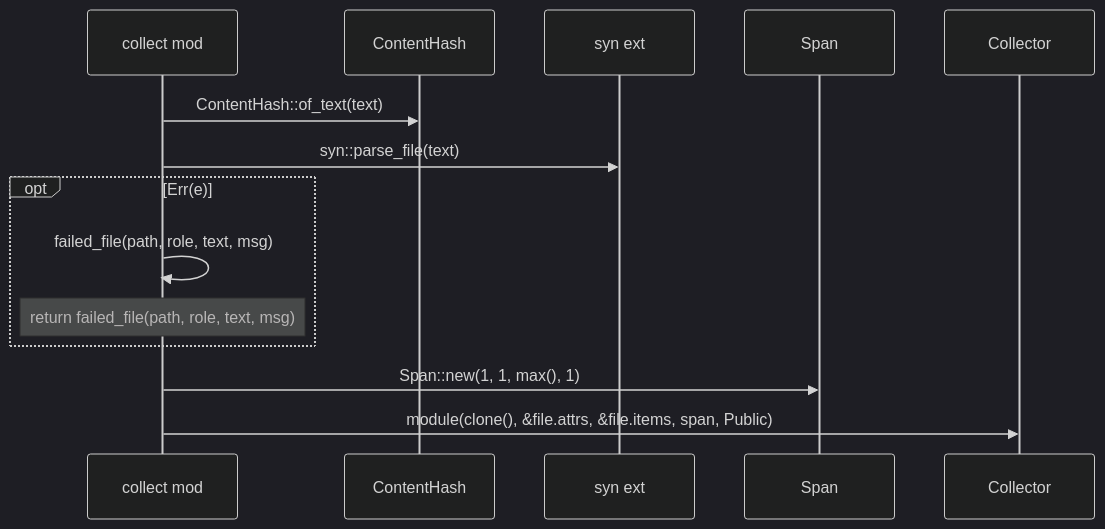
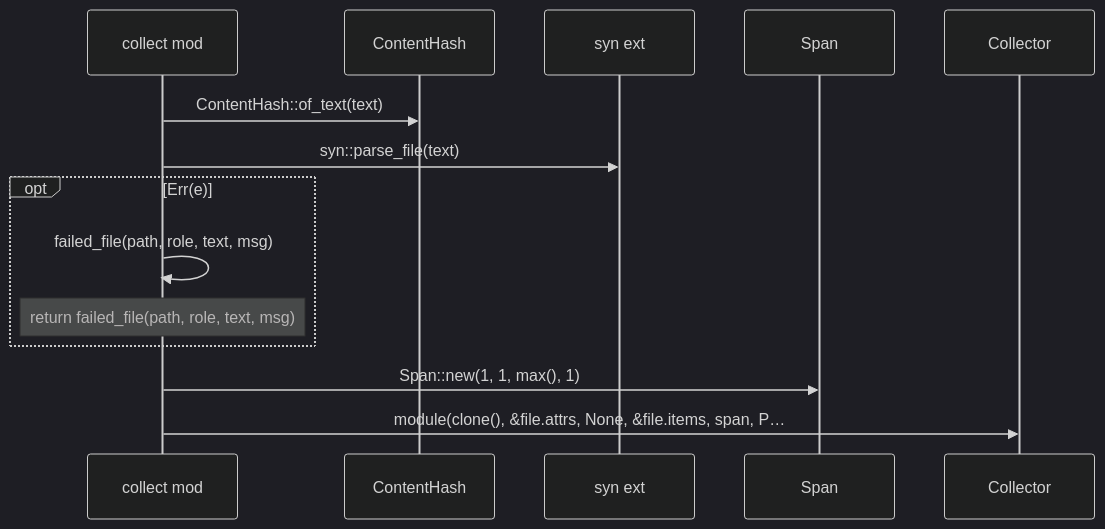
The second of 50 diagrams in docs/sealmap/crates/sealmap-rust/src/collect.rs.md (DreamLab-AI/codemaid), drawn with Mermaid (dark theme) before and after one commit. The commit also changed other lines of this file and 45 other files, not shown here.

First line of the commit message:
docs: regenerate the self-corpus for sym: ids and schema v2

````diff
--- a/docs/sealmap/crates/sealmap-rust/src/collect.rs.md
+++ b/docs/sealmap/crates/sealmap-rust/src/collect.rs.md
@@ -203,16 +276,16 @@
 ```mermaid
 sequenceDiagram
   participant sealmap_rust__collect as collect mod
-  participant sealmap_model__hash__ContentHash as ContentHash
-  participant syn as syn ext
-  participant sealmap_model__symbol__Span as Span
-  participant sealmap_rust__collect__Collector as Collector
-  sealmap_rust__collect->>sealmap_model__hash__ContentHash: ContentHash::of_text(text)
-  sealmap_rust__collect->>syn: syn::parse_file(text)
+  participant sealmap_model__hash___tContentHash as ContentHash
+  participant _syn as syn ext
+  participant sealmap_model__symbol___tSpan as Span
+  participant sealmap_rust__collect___tCollector as Collector
+  sealmap_rust__collect->>sealmap_model__hash___tContentHash: ContentHash::of_text(text)
+  sealmap_rust__collect->>_syn: syn::parse_file(text)
   opt Err(e)
     sealmap_rust__collect->>sealmap_rust__collect: failed_file(path, role, text, msg)
     Note over sealmap_rust__collect: return failed_file(path, role, text, msg)
   end
-  sealmap_rust__collect->>sealmap_model__symbol__Span: Span::new(1, 1, max(), 1)
-  sealmap_rust__collect->>sealmap_rust__collect__Collector: module(clone(), &file.attrs, &file.items, span, Public)
+  sealmap_rust__collect->>sealmap_model__symbol___tSpan: Span::new(1, 1, max(), 1)
+  sealmap_rust__collect->>sealmap_rust__collect___tCollector: module(clone(), &file.attrs, None, &file.items, span, P…
 ```
````
